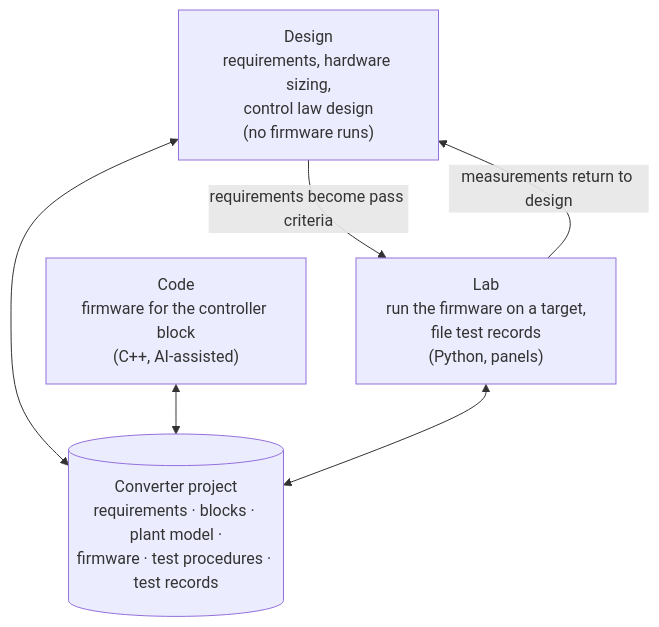
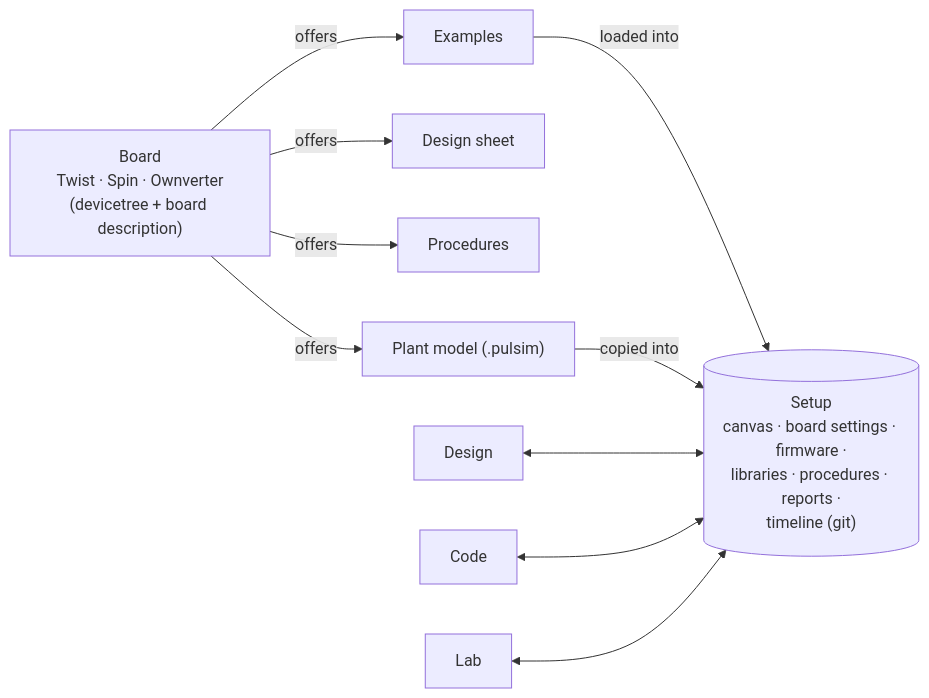
Before and after one commit to luizvilla/Theia: the first of 2 diagrams in SPEC.md, drawn with Mermaid. The commit also changed other lines of this file and 27 other files, not shown here.

````diff
--- a/SPEC.md
+++ b/SPEC.md
@@ -54,12 +45,14 @@
 ```mermaid
-flowchart TB
-  CP[("Converter project<br/>requirements · blocks · plant model ·<br/>firmware · test procedures · test records")]
-  D["Design<br/>requirements, hardware sizing,<br/>control law design<br/>(no firmware runs)"]
-  C["Code<br/>firmware for the controller block<br/>(C++, AI-assisted)"]
-  L["Lab<br/>run the firmware on a target,<br/>file test records<br/>(Python, panels)"]
-  D <--> CP
-  C <--> CP
-  L <--> CP
-  D -- "requirements become pass criteria" --> L
-  L -- "measurements return to design" --> D
+flowchart LR
+  B["Board<br/>Twist · Spin · Ownverter<br/>(devicetree + board description)"]
+  B -->|offers| EX["Examples"]
+  B -->|offers| DS["Design sheet"]
+  B -->|offers| PR["Procedures"]
+  B -->|offers| PL["Plant model (.pulsim)"]
+  S[("Setup<br/>canvas · board settings · firmware ·<br/>libraries · procedures · reports ·<br/>timeline (git)")]
+  EX -->|loaded into| S
+  PL -->|copied into| S
+  D["Design"] <--> S
+  C["Code"] <--> S
+  L["Lab"] <--> S
 ```
````
